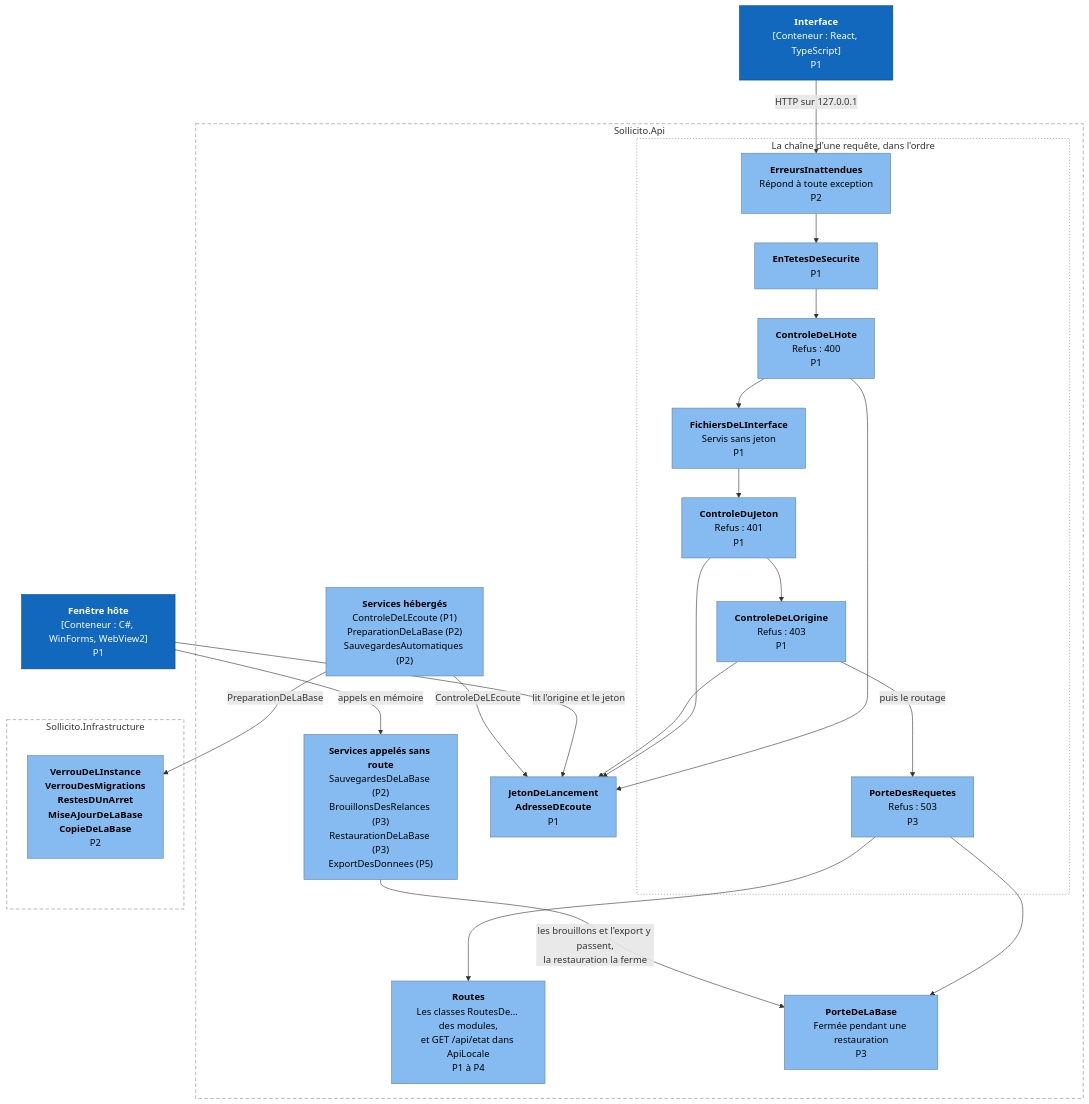
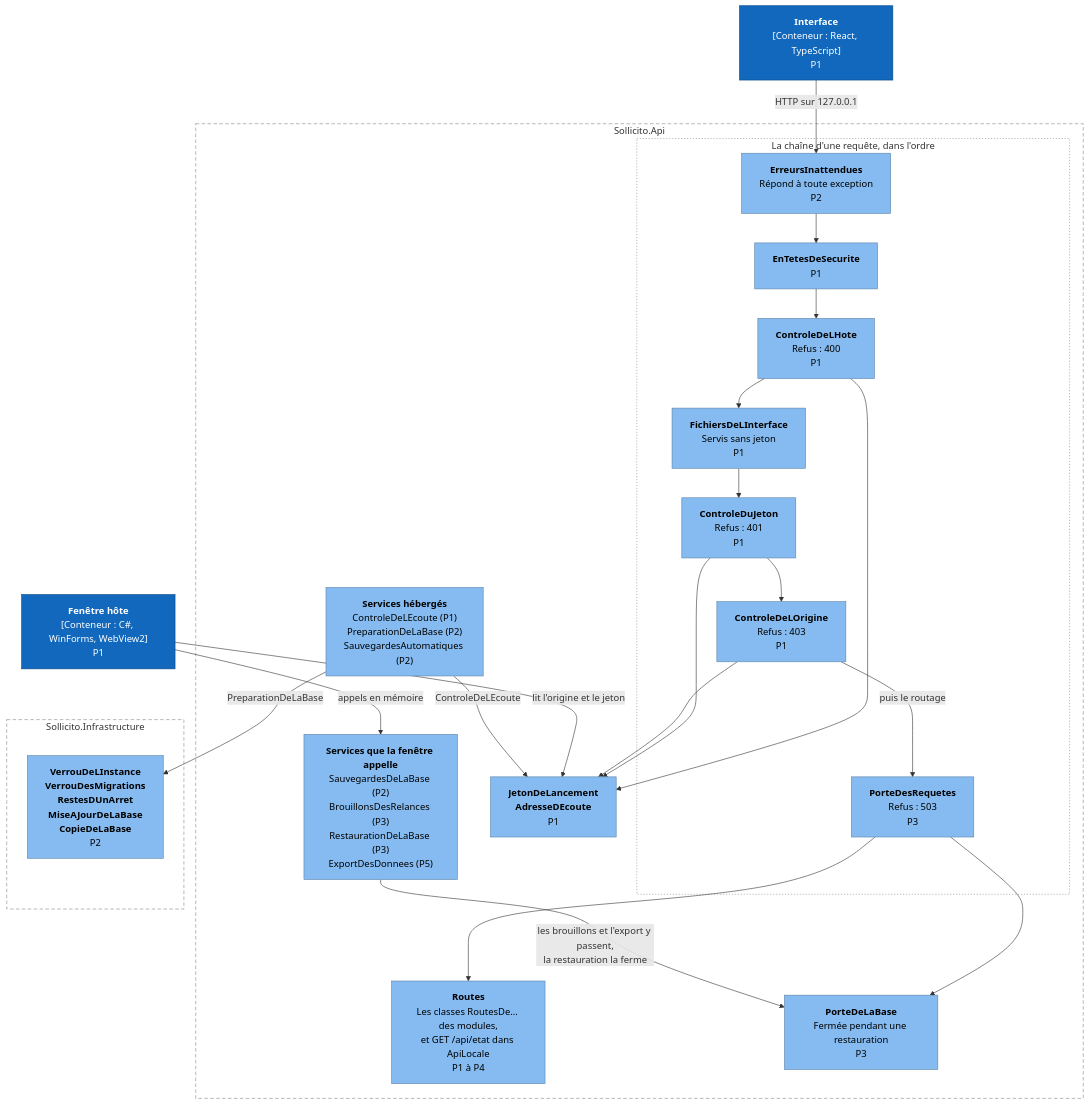
One commit to moonn1000/sollicito changed the third of 7 diagrams in docs/vues-d-architecture.md. Above: the diagram before and after it, drawn with Mermaid. The commit also changed other lines of this file and 1 other file, not shown here.

Commit message:
docs(architecture): reprendre la relecture de #59 : WebView2 dans la remise du jeton, brouillon en deux diagrammes et phrases précisées

````diff
--- a/docs/vues-d-architecture.md
+++ b/docs/vues-d-architecture.md
@@ -230,48 +230,48 @@
 ```mermaid
 flowchart TB
     interface["<b>Interface</b><br>[Conteneur : React, TypeScript]<br>P1"]
     fenetre["<b>Fenêtre hôte</b><br>[Conteneur : C#, WinForms, WebView2]<br>P1"]
 
     subgraph api["Sollicito.Api"]
         subgraph chaine["La chaîne d'une requête, dans l'ordre"]
             erreurs["<b>ErreursInattendues</b><br>Répond à toute exception<br>P2"]
             entetes["<b>EnTetesDeSecurite</b><br>P1"]
             hote["<b>ControleDeLHote</b><br>Refus : 400<br>P1"]
             fichiers["<b>FichiersDeLInterface</b><br>Servis sans jeton<br>P1"]
             jeton["<b>ControleDuJeton</b><br>Refus : 401<br>P1"]
             origine["<b>ControleDeLOrigine</b><br>Refus : 403<br>P1"]
             porterequetes["<b>PorteDesRequetes</b><br>Refus : 503<br>P3"]
         end
         routes["<b>Routes</b><br>Les classes RoutesDe… des modules,<br>et GET /api/etat dans ApiLocale<br>P1 à P4"]
         porte["<b>PorteDeLaBase</b><br>Fermée pendant une restauration<br>P3"]
         secrets["<b>JetonDeLancement</b><br><b>AdresseDEcoute</b><br>P1"]
-        services["<b>Services appelés sans route</b><br>SauvegardesDeLaBase (P2)<br>BrouillonsDesRelances (P3)<br>RestaurationDeLaBase (P3)<br>ExportDesDonnees (P5)"]
+        services["<b>Services que la fenêtre appelle</b><br>SauvegardesDeLaBase (P2)<br>BrouillonsDesRelances (P3)<br>RestaurationDeLaBase (P3)<br>ExportDesDonnees (P5)"]
         demarrage["<b>Services hébergés</b><br>ControleDeLEcoute (P1)<br>PreparationDeLaBase (P2)<br>SauvegardesAutomatiques (P2)"]
     end
 
     subgraph infra["Sollicito.Infrastructure"]
         preparation["<b>VerrouDeLInstance</b><br><b>VerrouDesMigrations</b><br><b>RestesDUnArret</b><br><b>MiseAJourDeLaBase</b><br><b>CopieDeLaBase</b><br>P2"]
     end
 
     interface -- "HTTP sur 127.0.0.1" --> erreurs
     erreurs --> entetes --> hote --> fichiers --> jeton --> origine
     origine -- "puis le routage" --> porterequetes
     porterequetes --> routes
     porterequetes --> porte
     hote --> secrets
     jeton --> secrets
     origine --> secrets
     fenetre -- "lit l'origine et le jeton" --> secrets
     fenetre -- "appels en mémoire" --> services
     services -- "les brouillons et l'export y passent,<br>la restauration la ferme" --> porte
     demarrage -- "ControleDeLEcoute" --> secrets
     demarrage -- "PreparationDeLaBase" --> preparation
 
     classDef conteneur fill:#1168bd,stroke:#0b4884,color:#ffffff
     classDef composant fill:#85bbf0,stroke:#5d82a8,color:#000000
     class interface,fenetre conteneur
     class erreurs,entetes,hote,fichiers,jeton,origine,porterequetes,routes,porte,secrets,services,demarrage,preparation composant
     style api fill:none,stroke:#888888,stroke-dasharray:6 4
     style chaine fill:none,stroke:#888888,stroke-dasharray:2 3
     style infra fill:none,stroke:#888888,stroke-dasharray:6 4
 ```
````
